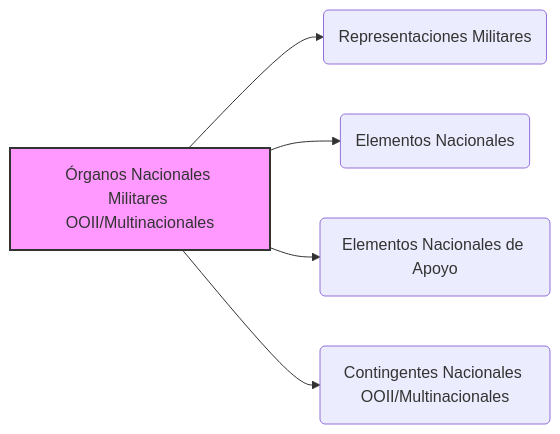
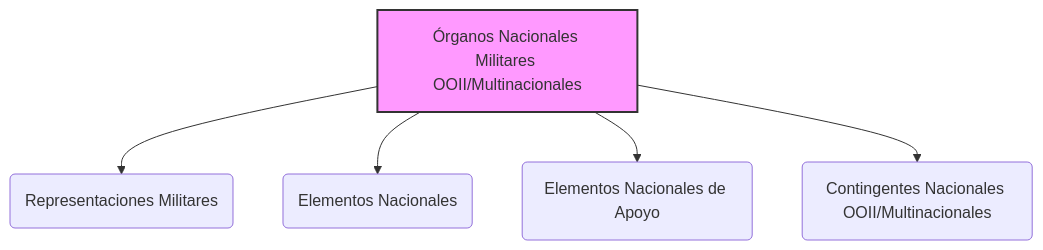
Diagram 12 of 14 in src/site/notes/OpoMelilla/BLOQUE 1/Tema 6. Estado Mayor de la Defensa.md (Arxon-dev/opomelilla), drawn with Mermaid before and after one commit.

Commit message:
Published multiple files

````diff
--- a/src/site/notes/OpoMelilla/BLOQUE 1/Tema 6. Estado Mayor de la Defensa.md
+++ b/src/site/notes/OpoMelilla/BLOQUE 1/Tema 6. Estado Mayor de la Defensa.md
@@ -518,8 +518,8 @@
 ```mermaid
-graph LR
+flowchart TD
     A[Órganos Nacionales Militares OOII/Multinacionales] --> B(Representaciones Militares)
     A --> C(Elementos Nacionales)
     A --> D(Elementos Nacionales de Apoyo)
     A --> E(Contingentes Nacionales OOII/Multinacionales)
     style A fill:#f9f,stroke:#333,stroke-width:2px
 ```
````
